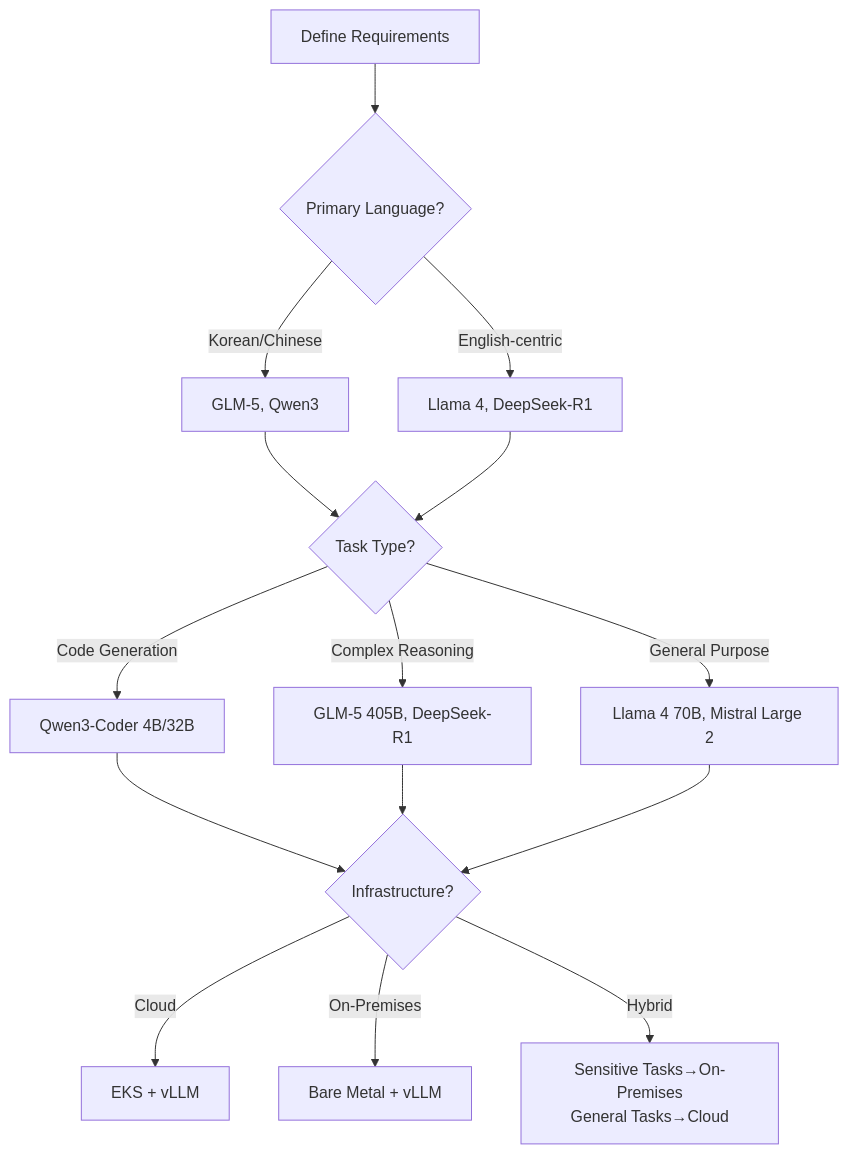
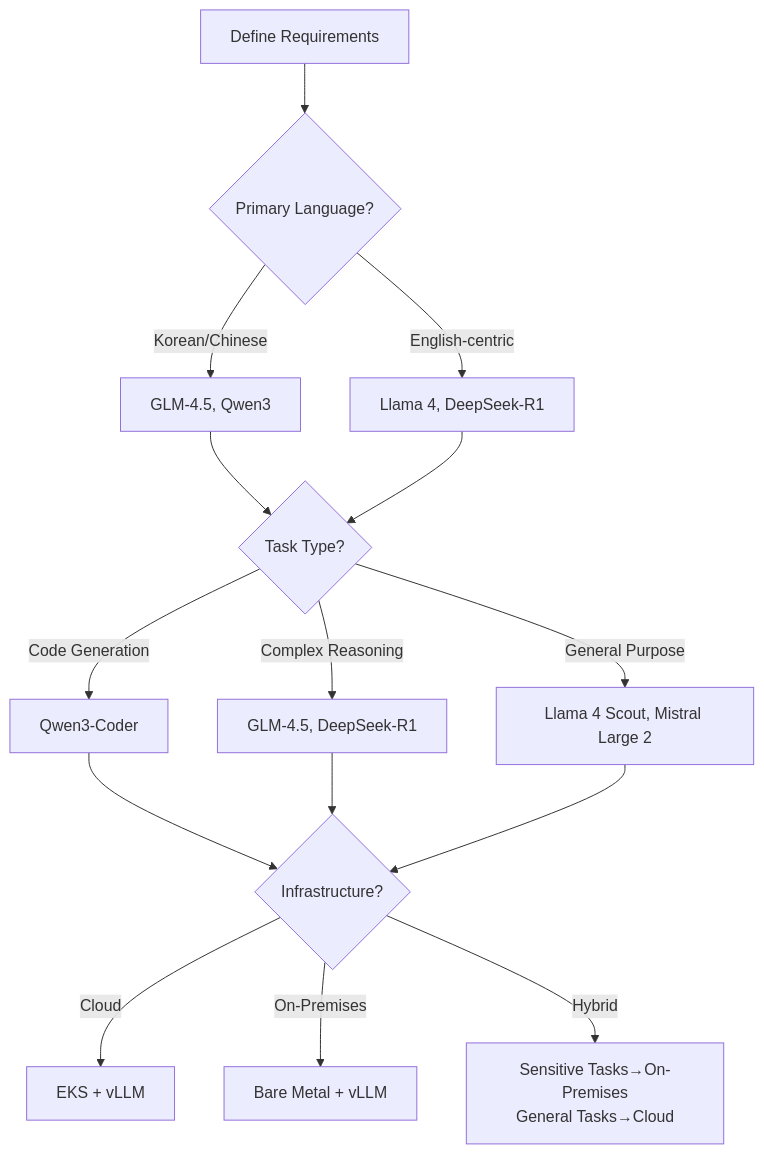
One commit to devfloor9/engineering-playbook changed the second of 4 diagrams in docs/aidlc/toolchain/open-weight-models.md. Above: the diagram before and after it, drawn with Mermaid. The commit also changed other lines of this file and 3 other files, not shown here.

````diff
--- a/docs/aidlc/toolchain/open-weight-models.md
+++ b/docs/aidlc/toolchain/open-weight-models.md
@@ -70,17 +70,17 @@
 ```mermaid
 graph TD
     A[Define Requirements] --> B{Primary Language?}
-    B -->|Korean/Chinese| C[GLM-5, Qwen3]
+    B -->|Korean/Chinese| C[GLM-4.5, Qwen3]
     B -->|English-centric| D[Llama 4, DeepSeek-R1]
     C --> E{Task Type?}
     D --> E
-    E -->|Code Generation| F[Qwen3-Coder 4B/32B]
-    E -->|Complex Reasoning| G[GLM-5 405B, DeepSeek-R1]
-    E -->|General Purpose| H[Llama 4 70B, Mistral Large 2]
+    E -->|Code Generation| F[Qwen3-Coder]
+    E -->|Complex Reasoning| G[GLM-4.5, DeepSeek-R1]
+    E -->|General Purpose| H[Llama 4 Scout, Mistral Large 2]
     F --> I{Infrastructure?}
     G --> I
     H --> I
     I -->|Cloud| J[EKS + vLLM]
     I -->|On-Premises| K[Bare Metal + vLLM]
     I -->|Hybrid| L[Sensitive Tasks→On-Premises<br/>General Tasks→Cloud]
 ```
````
